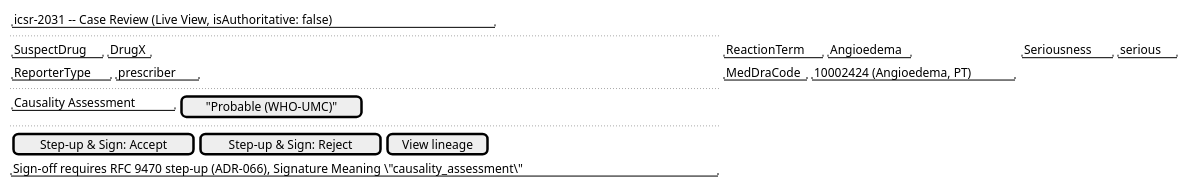
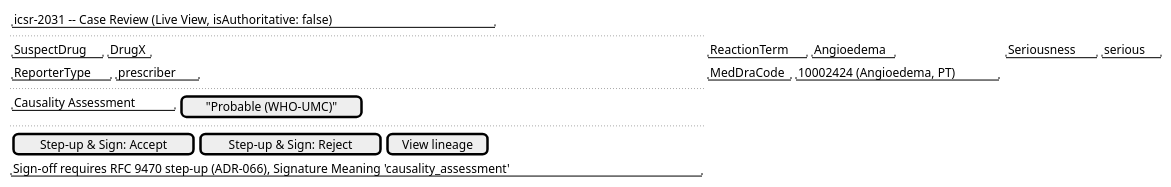
Before and after one commit to Mwwhited-BookLearning/EventSourcing: the sixth of 8 diagrams in docs/domains/pharmacovigilance/features/icsr-intake-and-signal-review.md, drawn with PlantUML. The commit also changed other lines of this file and 39 other files, not shown here.

````diff
--- a/docs/domains/pharmacovigilance/features/icsr-intake-and-signal-review.md
+++ b/docs/domains/pharmacovigilance/features/icsr-intake-and-signal-review.md
@@ -332,15 +332,15 @@
 ```plantuml
 @startsalt
 {
   { "icsr-2031 -- Case Review (Live View, isAuthoritative: false)" }
   ..
   { "SuspectDrug" | "DrugX" } | { "ReactionTerm" | "Angioedema" } | { "Seriousness" | "serious" }
   { "ReporterType" | "prescriber" } | { "MedDraCode" | "10002424 (Angioedema, PT)" }
   ..
   { "Causality Assessment" | [ "Probable (WHO-UMC)" ] }
   ..
   { [Step-up & Sign: Accept] | [Step-up & Sign: Reject] | [View lineage] }
-  "Sign-off requires RFC 9470 step-up (ADR-066), Signature Meaning \"causality_assessment\""
+  "Sign-off requires RFC 9470 step-up (ADR-066), Signature Meaning 'causality_assessment'"
 }
 @endsalt
 ```
````
